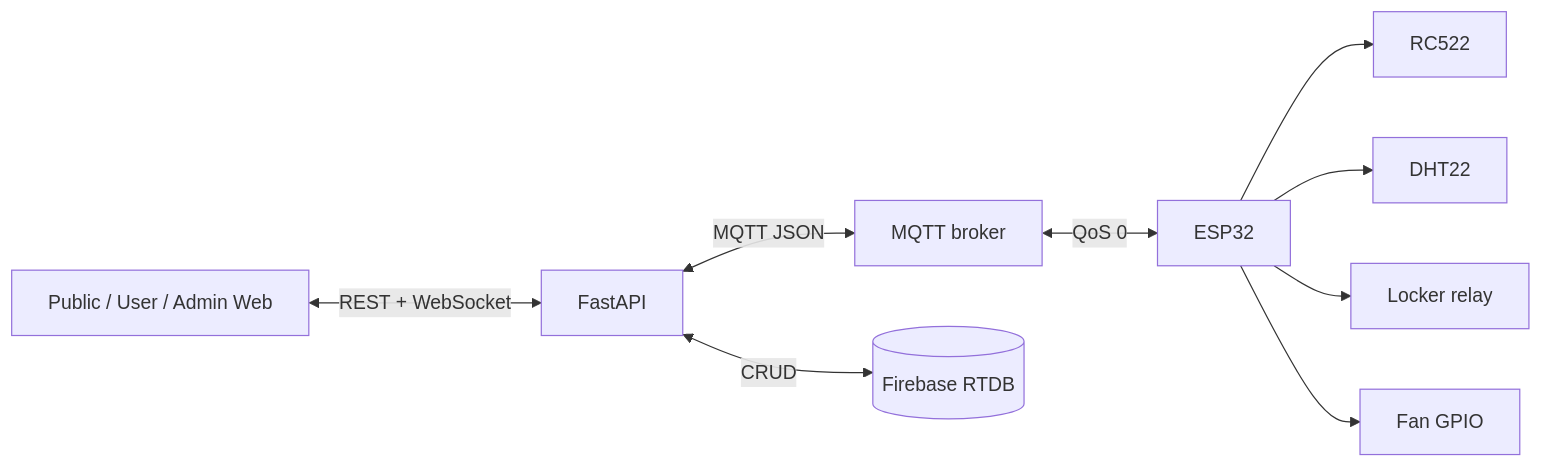
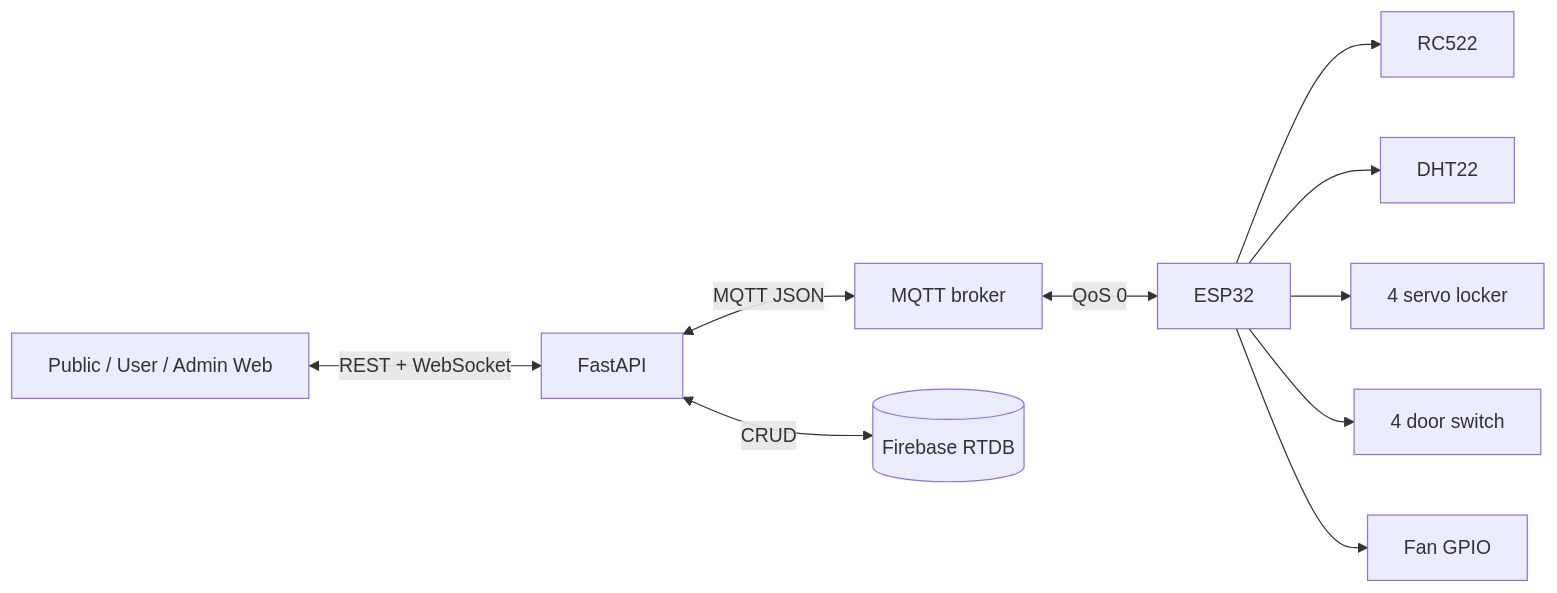
The diagram in docs/CodeExplain/04_VIVA_CHEATSHEET.md (vuhieu0808/iot-project), drawn with Mermaid before and after one commit. The commit also changed other lines of this file and 17 other files, not shown here.

Commit message:
feat(esp32): Create diagram and fix locker bug

````diff
--- a/docs/CodeExplain/04_VIVA_CHEATSHEET.md
+++ b/docs/CodeExplain/04_VIVA_CHEATSHEET.md
@@ -9,11 +9,12 @@
 ```mermaid
 flowchart LR
   Web[Public / User / Admin Web] <-->|REST + WebSocket| API[FastAPI]
   API <-->|MQTT JSON| Broker[MQTT broker]
   Broker <-->|QoS 0| ESP[ESP32]
   API <-->|CRUD| Firebase[(Firebase RTDB)]
   ESP --> RFID[RC522]
   ESP --> DHT[DHT22]
-  ESP --> Relay[Locker relay]
+  ESP --> Servo[4 servo locker]
+  ESP --> Door[4 door switch]
   ESP --> Fan[Fan GPIO]
 ```
````
